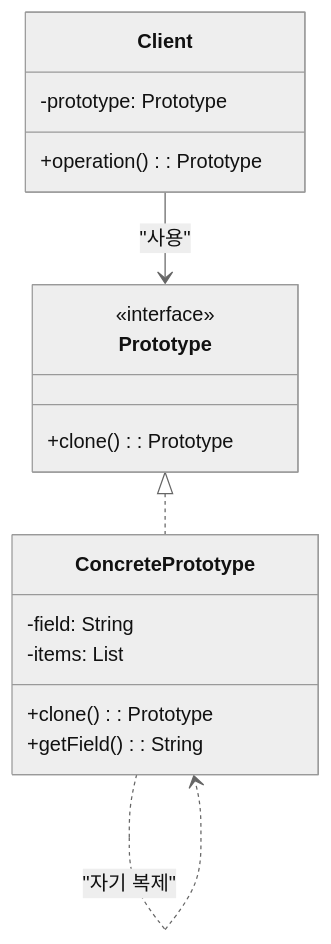
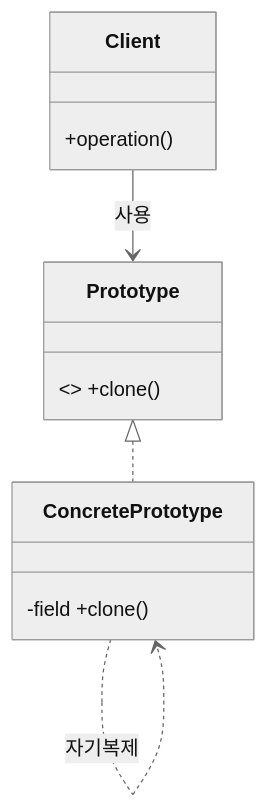
The first of 2 diagrams in _posts/designPattern/2022-01-14-Prototype Pattern.md (yjkim2015/yjkim2015.github.io), drawn with Mermaid (neutral theme) before and after one commit. The commit also changed other lines of this file and 215 other files, not shown here.

First line of the commit message:
신규 포스트 10개 추가 + Mermaid 전면 축소 + SystemDesign 시리즈 보강

````diff
--- a/_posts/designPattern/2022-01-14-Prototype Pattern.md
+++ b/_posts/designPattern/2022-01-14-Prototype Pattern.md
@@ -44,21 +44,9 @@
 ```mermaid
 classDiagram
-    class Prototype {
-        <<interface>>
-        +clone(): Prototype
-    }
-    class ConcretePrototype {
-        -field: String
-        -items: List
-        +clone(): Prototype
-        +getField(): String
-    }
-    class Client {
-        -prototype: Prototype
-        +operation(): Prototype
-    }
-
+    class Prototype { <<interface>> +clone() }
+    class ConcretePrototype { -field +clone() }
+    class Client { +operation() }
     Prototype <|.. ConcretePrototype
-    Client --> Prototype : "사용"
-    ConcretePrototype ..> ConcretePrototype : "자기 복제"
+    Client --> Prototype : 사용
+    ConcretePrototype ..> ConcretePrototype : 자기복제
 ```
````
